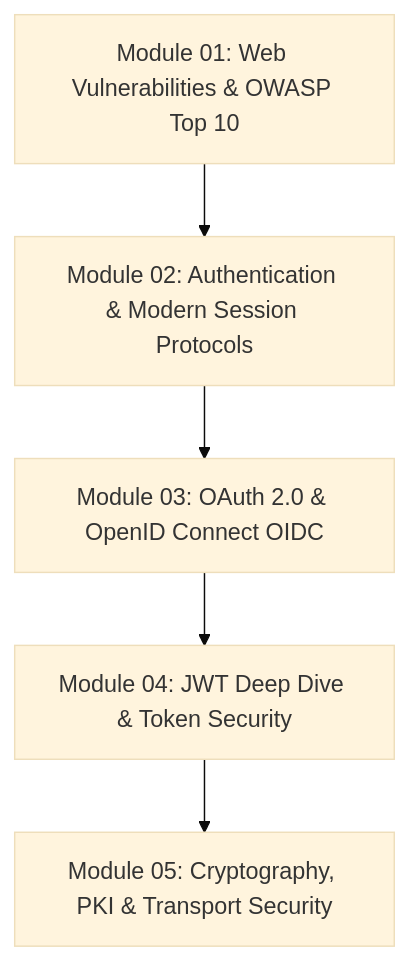
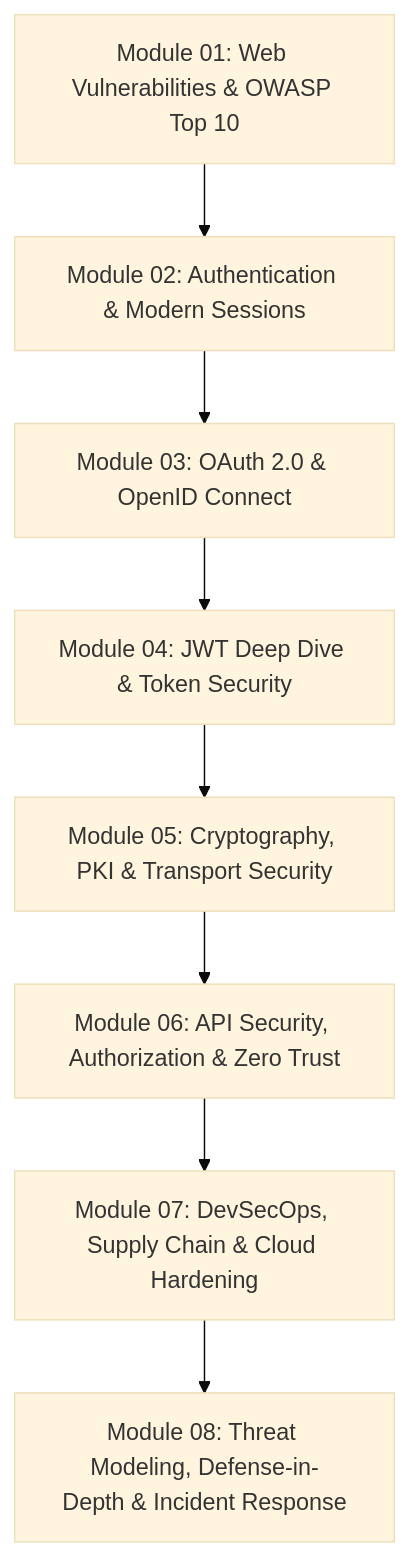
One commit to 161seconds/revision-document changed the diagram in security/README.md. Above: the diagram before and after it, drawn with Mermaid (base theme). The commit also changed other lines of this file, not shown here.

Commit message:
docs(security): update roadmap to 8 modules

````diff
--- a/security/README.md
+++ b/security/README.md
@@ -9,7 +9,10 @@
 ```mermaid
 graph TD
-    M1[Module 01: Web Vulnerabilities & OWASP Top 10] --> M2[Module 02: Authentication & Modern Session Protocols]
-    M2 --> M3[Module 03: OAuth 2.0 & OpenID Connect OIDC]
-    M3 --> M4[Module 04: JWT Deep Dive & Token Security]
-    M4 --> M5[Module 05: Cryptography, PKI & Transport Security]
+    M1["Module 01: Web Vulnerabilities & OWASP Top 10"] --> M2["Module 02: Authentication & Modern Sessions"]
+    M2 --> M3["Module 03: OAuth 2.0 & OpenID Connect"]
+    M3 --> M4["Module 04: JWT Deep Dive & Token Security"]
+    M4 --> M5["Module 05: Cryptography, PKI & Transport Security"]
+    M5 --> M6["Module 06: API Security, Authorization & Zero Trust"]
+    M6 --> M7["Module 07: DevSecOps, Supply Chain & Cloud Hardening"]
+    M7 --> M8["Module 08: Threat Modeling, Defense-in-Depth & Incident Response"]
 ```
````
